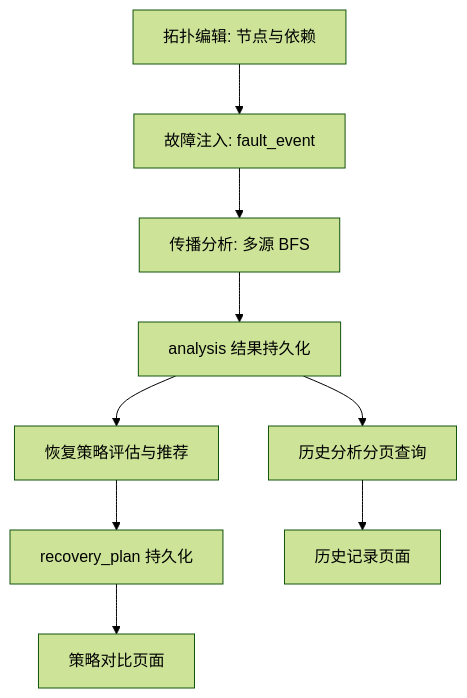
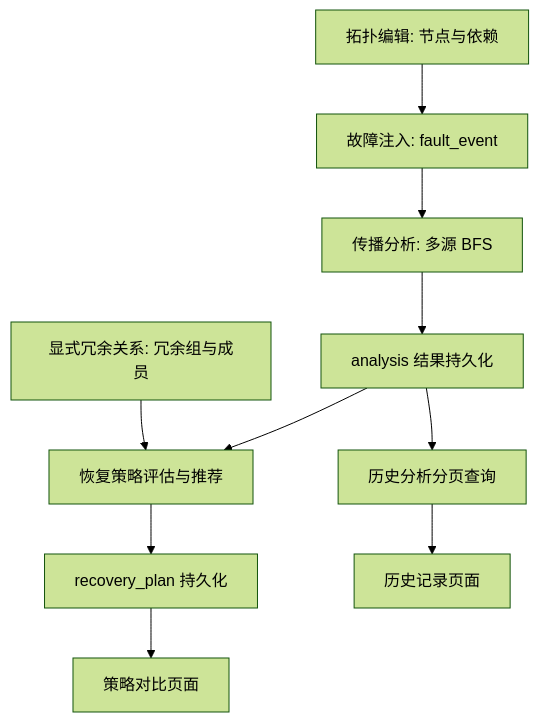
The diagram in docs/技术方案.md (sunjingru123/CloudMirror-Deduction), drawn with Mermaid (forest theme) before and after one commit. The commit also changed other lines of this file and 25 other files, not shown here.

````diff
--- a/docs/技术方案.md
+++ b/docs/技术方案.md
@@ -30,11 +30,12 @@
 ```mermaid
 graph TD
     A[拓扑编辑: 节点与依赖] --> B[故障注入: fault_event]
     B --> C[传播分析: 多源 BFS]
     C --> D[analysis 结果持久化]
-    D --> E[恢复策略评估与推荐]
+    A2[显式冗余关系: 冗余组与成员] --> E[恢复策略评估与推荐]
+    D --> E
     E --> F[recovery_plan 持久化]
     D --> G[历史分析分页查询]
     F --> H[策略对比页面]
     G --> I[历史记录页面]
 ```
````
